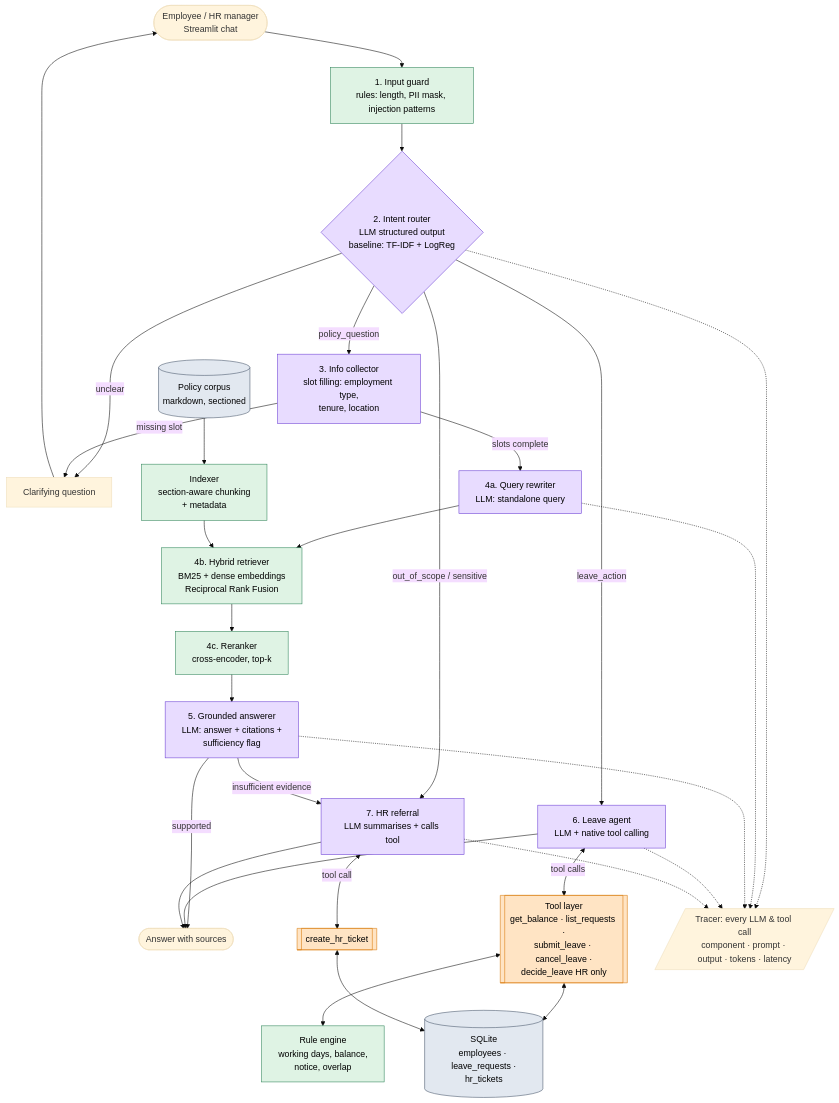
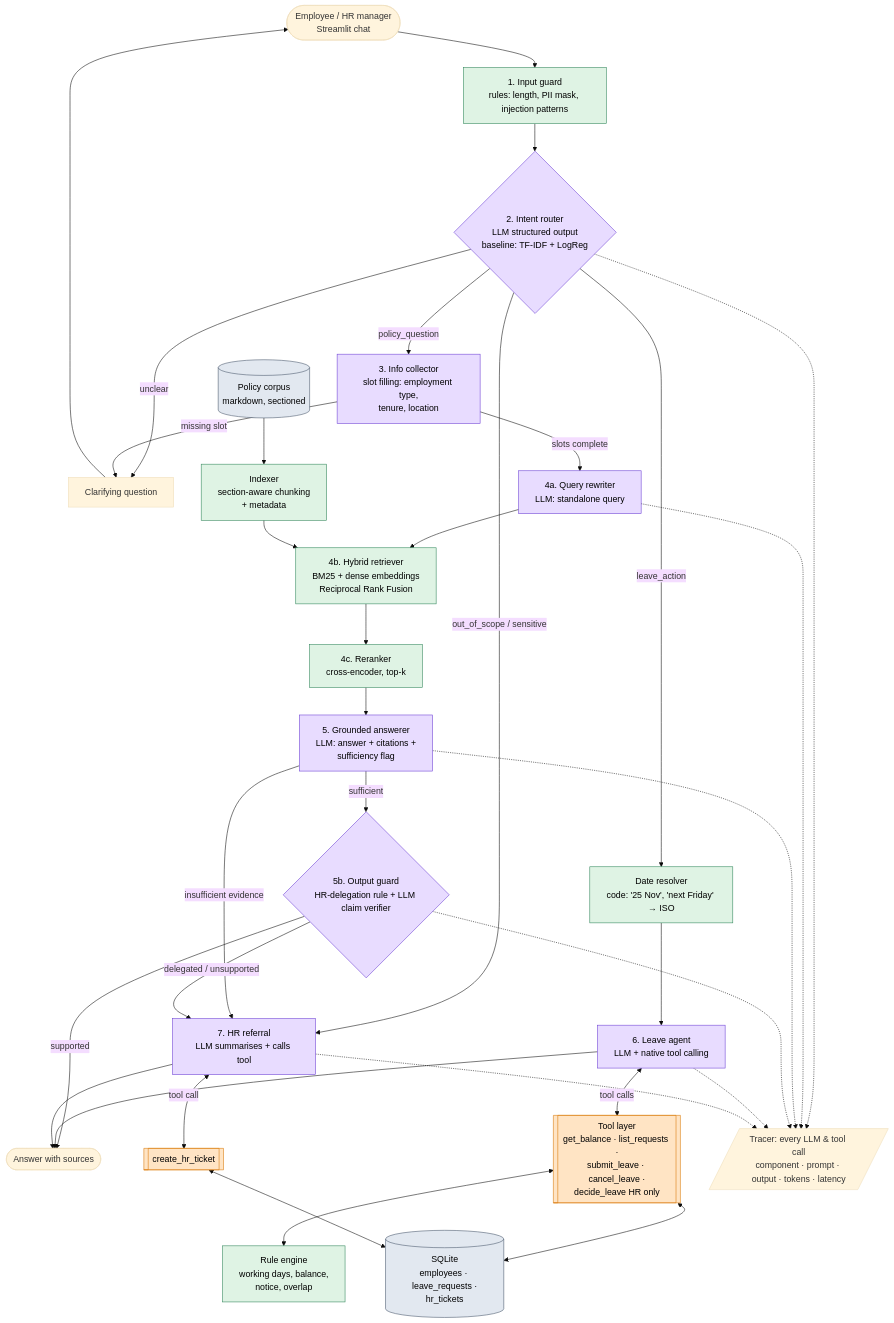
The diagram in docs/architecture.md (KOTAYE/nlp-assignment-1), drawn with Mermaid (base theme) before and after one commit. The commit also changed other lines of this file and 37 other files, not shown here.

````diff
--- a/docs/architecture.md
+++ b/docs/architecture.md
@@ -5,45 +5,48 @@
 ```mermaid
 flowchart TD
     U([Employee / HR manager<br/>Streamlit chat]) --> G[1. Input guard<br/>rules: length, PII mask, injection patterns]
     G --> R{2. Intent router<br/>LLM structured output<br/>baseline: TF-IDF + LogReg}
 
     R -->|policy_question| C1[3. Info collector<br/>slot filling: employment type,<br/>tenure, location]
-    R -->|leave_action| A[6. Leave agent<br/>LLM + native tool calling]
+    R -->|leave_action| DT[Date resolver<br/>code: '25 Nov', 'next Friday' → ISO] --> A[6. Leave agent<br/>LLM + native tool calling]
     R -->|out_of_scope / sensitive| H[7. HR referral<br/>LLM summarises + calls tool]
     R -->|unclear| Q[Clarifying question]
 
     C1 -->|missing slot| Q
     C1 -->|slots complete| QR[4a. Query rewriter<br/>LLM: standalone query]
     QR --> RET[4b. Hybrid retriever<br/>BM25 + dense embeddings<br/>Reciprocal Rank Fusion]
     RET --> RR[4c. Reranker<br/>cross-encoder, top-k]
     RR --> GEN[5. Grounded answerer<br/>LLM: answer + citations +<br/>sufficiency flag]
     GEN -->|insufficient evidence| H
-    GEN -->|supported| OUT([Answer with sources])
+    GEN -->|sufficient| VER{5b. Output guard<br/>HR-delegation rule + LLM claim verifier}
+    VER -->|delegated / unsupported| H
+    VER -->|supported| OUT([Answer with sources])
 
     A <-->|tool calls| T[[Tool layer<br/>get_balance · list_requests ·<br/>submit_leave · cancel_leave ·<br/>decide_leave HR only]]
     H <-->|tool call| TT[[create_hr_ticket]]
     T <--> RULES[Rule engine<br/>working days, balance,<br/>notice, overlap]
     T <--> DB[(SQLite<br/>employees · leave_requests ·<br/>hr_tickets)]
     TT <--> DB
     A --> OUT
     H --> OUT
     Q --> U
 
     POL[(Policy corpus<br/>markdown, sectioned)] --> IDX[Indexer<br/>section-aware chunking<br/>+ metadata] --> RET
 
     TR[/Tracer: every LLM & tool call<br/>component · prompt · output · tokens · latency/]
     R -.-> TR
     QR -.-> TR
     GEN -.-> TR
+    VER -.-> TR
     A -.-> TR
     H -.-> TR
 
     classDef llm fill:#e8dcff,stroke:#6b3fd4,color:#000
     classDef tool fill:#ffe4c4,stroke:#d97706,color:#000
     classDef local fill:#dff3e4,stroke:#2f855a,color:#000
     classDef data fill:#e2e8f0,stroke:#475569,color:#000
-    class R,C1,QR,GEN,A,H llm
+    class R,C1,QR,GEN,VER,A,H llm
     class T,TT tool
-    class G,RET,RR,RULES,IDX local
+    class G,RET,RR,RULES,IDX,DT local
     class DB,POL data
 ```
````
